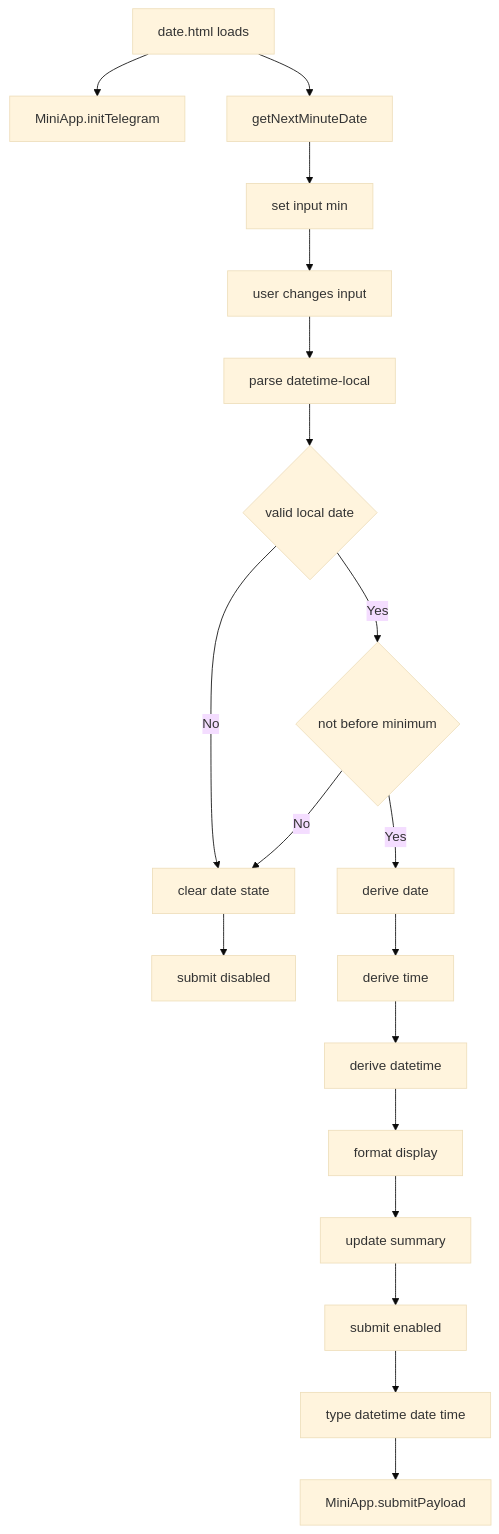
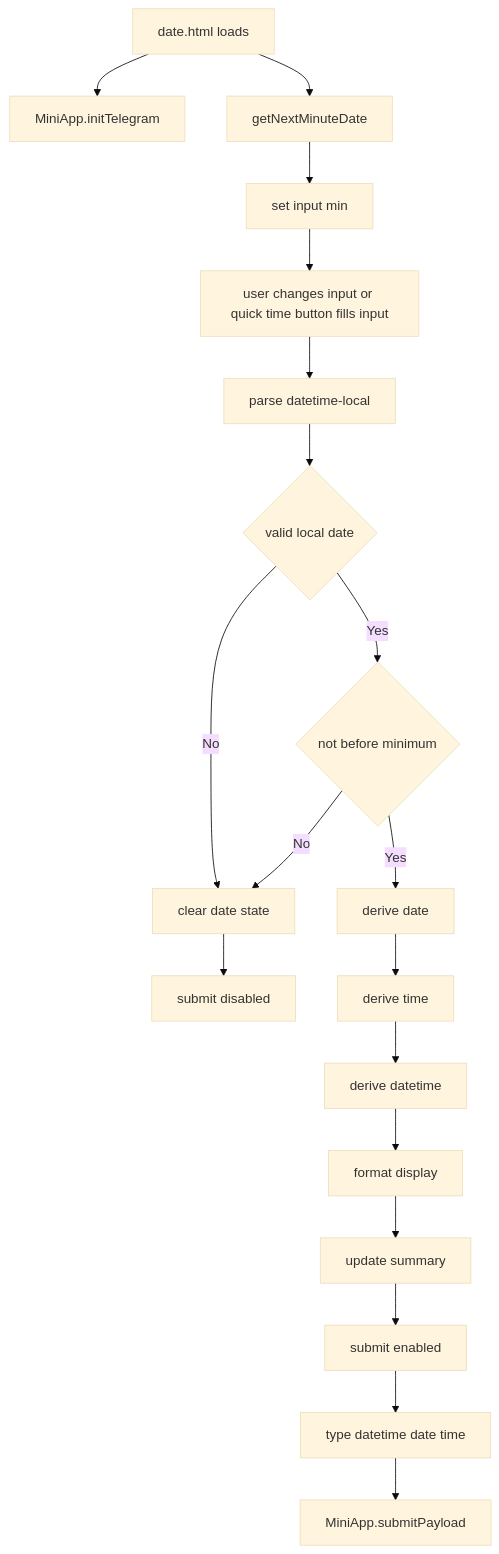
Before and after one commit to abdalrahmanmmalkhateeb/OnYourWay_AbdKh_Bot_MiniApp_Development: the diagram in docs/diagrams/05-date-selection-page-flow.md, drawn with Mermaid (base theme). The commit also changed other lines of this file and 8 other files, not shown here.

Commit message:
Quick & Simple Time Selection

````diff
--- a/docs/diagrams/05-date-selection-page-flow.md
+++ b/docs/diagrams/05-date-selection-page-flow.md
@@ -7,21 +7,21 @@
 ```mermaid
 flowchart TD
   A["date.html loads"] --> B["MiniApp.initTelegram"]
   A --> C["getNextMinuteDate"]
   C --> D["set input min"]
-  D --> E["user changes input"]
+  D --> E["user changes input or quick time button fills input"]
   E --> F["parse datetime-local"]
   F --> G{"valid local date"}
   G -->|No| H["clear date state"]
   H --> I["submit disabled"]
   G -->|Yes| J{"not before minimum"}
   J -->|No| H
   J -->|Yes| K["derive date"]
   K --> L["derive time"]
   L --> M["derive datetime"]
   M --> N["format display"]
   N --> O["update summary"]
   O --> P["submit enabled"]
   P --> Q["type datetime date time"]
   Q --> R["MiniApp.submitPayload"]
 ```
````
